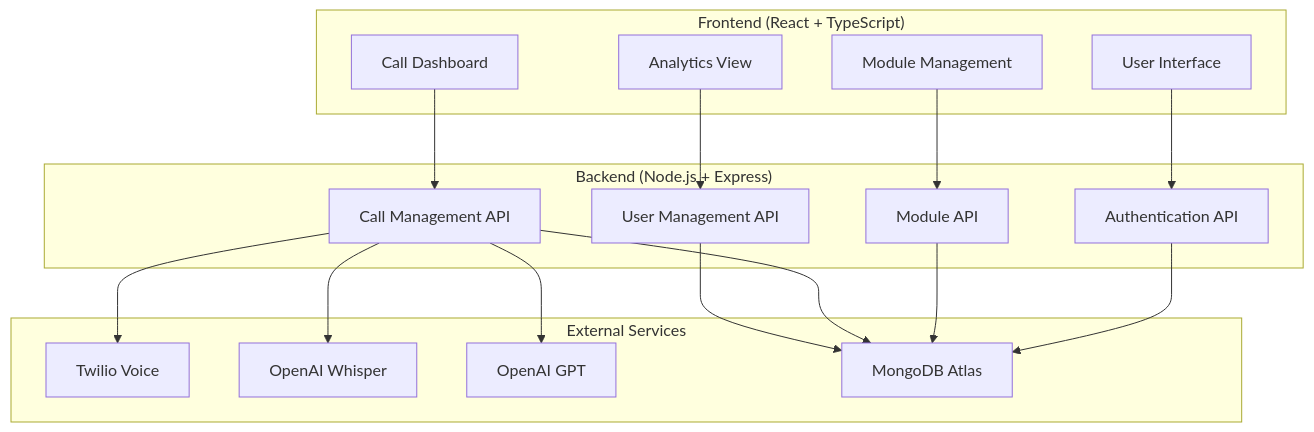
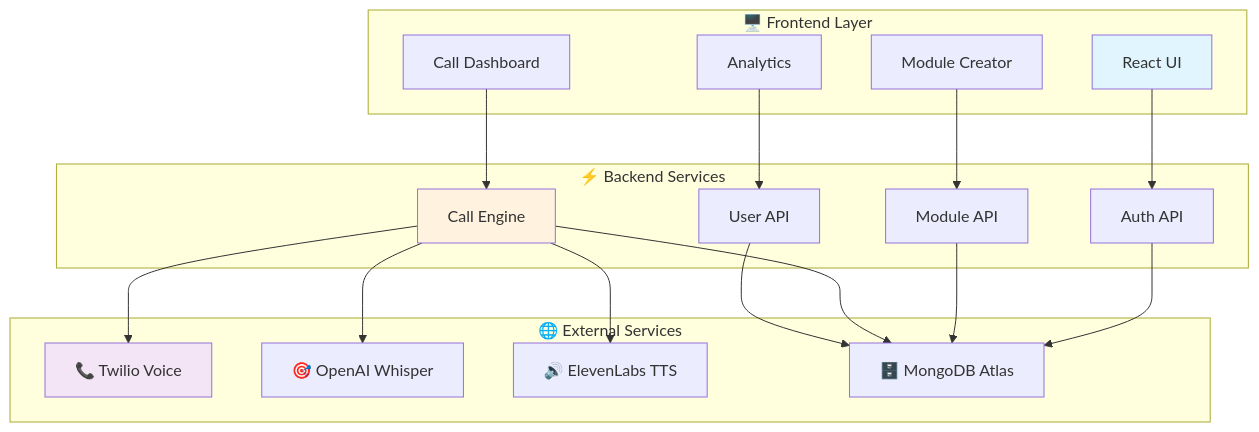
The first of 2 diagrams in README.md (AbhigyanRaj/Vok.AI), drawn with Mermaid before and after one commit. The commit also changed other lines of this file, not shown here.

````diff
--- a/README.md
+++ b/README.md
@@ -21,36 +39,40 @@
 ```mermaid
 graph TB
-    subgraph "Frontend (React + TypeScript)"
-        A[User Interface]
-        B[Module Management]
+    subgraph "🖥️ Frontend Layer"
+        A[React UI]
+        B[Module Creator]
         C[Call Dashboard]
-        D[Analytics View]
+        D[Analytics]
     end
     
-    subgraph "Backend (Node.js + Express)"
-        E[Authentication API]
+    subgraph "⚡ Backend Services"
+        E[Auth API]
         F[Module API]
-        G[Call Management API]
-        H[User Management API]
+        G[Call Engine]
+        H[User API]
     end
     
-    subgraph "External Services"
-        I[Twilio Voice]
-        J[OpenAI Whisper]
-        K[OpenAI GPT]
-        L[MongoDB Atlas]
+    subgraph "🌐 External Services"
+        I[📞 Twilio Voice]
+        J[🎯 OpenAI Whisper]
+        K[🔊 ElevenLabs TTS]
+        L[🗄️ MongoDB Atlas]
     end
     
     A --> E
     B --> F
     C --> G
     D --> H
     
     G --> I
     G --> J
     G --> K
     E --> L
     F --> L
     G --> L
     H --> L
+    
+    style A fill:#e1f5fe
+    style G fill:#fff3e0
+    style I fill:#f3e5f5
 ```
````
